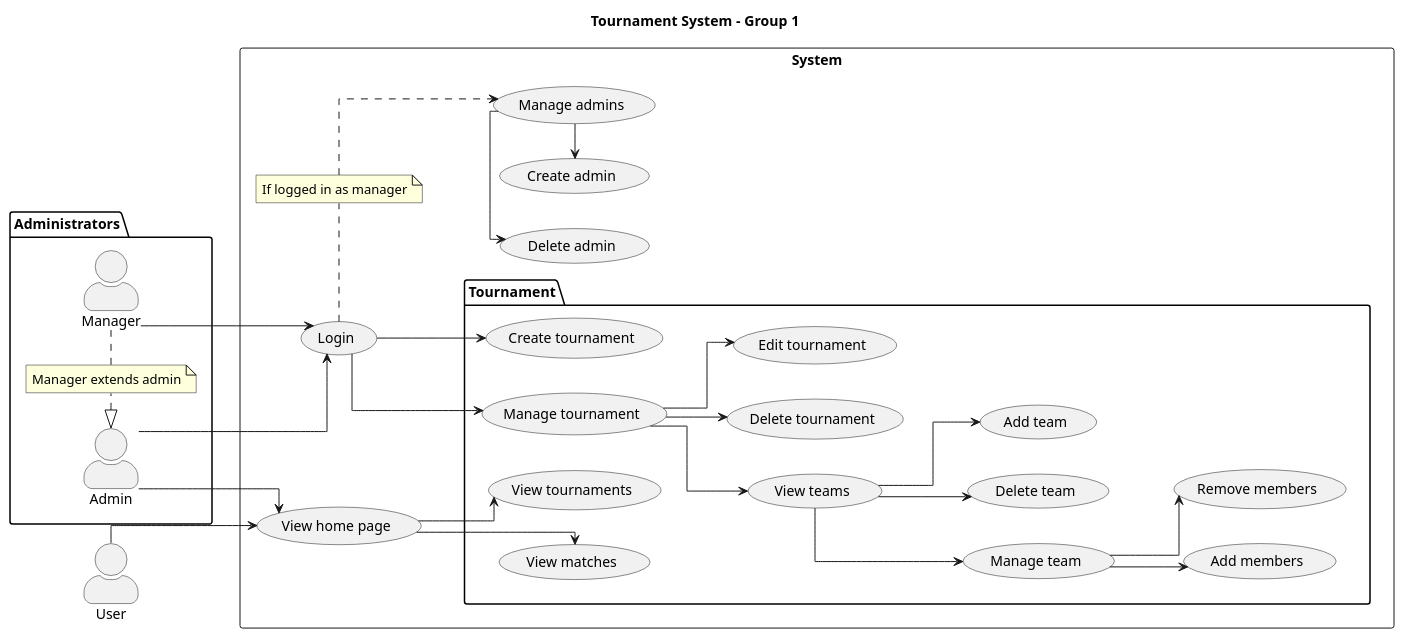
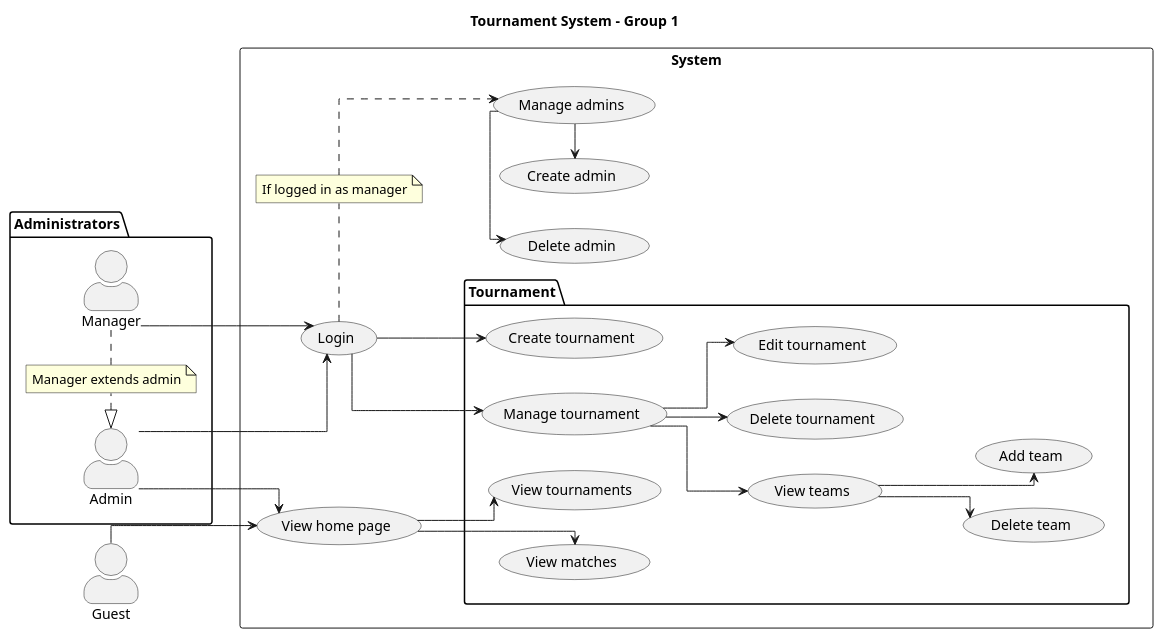
One commit to felixalbrigtsen/asura-tmdb changed the diagram in documentation/useCaseDiagram.puml. Above: the diagram before and after it, drawn with PlantUML. The commit also changed 7 other files, not shown here.

```diff
--- a/documentation/useCaseDiagram.puml
+++ b/documentation/useCaseDiagram.puml
@@ -1,81 +1,74 @@
 @startuml Tournament System
 title Tournament System - Group 1 
 
 skinparam actorStyle awesome
 skinparam linetype ortho
 
 package Administrators {
     actor Manager as mgr
     actor Admin as adm
 
     note "Manager extends admin" as MgrNote
     mgr .l. MgrNote
     MgrNote .l.|> adm
 }
 
-actor User as u1
+actor Guest
 
 left to right direction
 rectangle System {
     usecase "Login" as SysLogin
     usecase "Manage admins" as SysMngAdm
     
         usecase "Create admin" as SysCrtAdm
         usecase "Delete admin" as SysDelAdm
     
     usecase "View home page" as HomeView
     
     package Tournament {
         usecase "Manage tournament" as MngTou
         usecase "Create tournament" as TouCreateT
         together {
             usecase "Edit tournament" as TouEdit
             usecase "Delete tournament" as TouDelete
             usecase "View teams" as TeamView
         }
         together {
             usecase "Add team" as TeamAdd
             usecase "Delete team" as TeamDel
-            usecase "Manage team" as TeamMng
-            usecase "Add members" as MembAdd
-            usecase "Remove members" as MembDel
         }
         together {
             usecase "View tournaments" as TouVtou
             usecase "View matches" as TouVmatch
         }
     }
 
     note "If logged in as manager" as SysCrtAdmNote
     SysLogin .r. SysCrtAdmNote
     SysCrtAdmNote ..> SysMngAdm
 }
 
 mgr --> SysLogin
 
 adm --> SysLogin
 adm --> HomeView
 
-u1 --> HomeView
+Guest --> HomeView
 
 SysLogin --> MngTou
 SysLogin --> TouCreateT
 
 SysMngAdm -l--> SysCrtAdm
 SysMngAdm -l--> SysDelAdm
 
 MngTou --> TouEdit
 MngTou --> TouDelete
 MngTou --> TeamView
 
 TeamView --> TeamAdd
 TeamView --> TeamDel
-TeamView --> TeamMng
-
-TeamMng --> MembAdd
-TeamMng --> MembDel
-
 
 HomeView --> TouVtou
 HomeView --> TouVmatch
+
 @enduml
```
